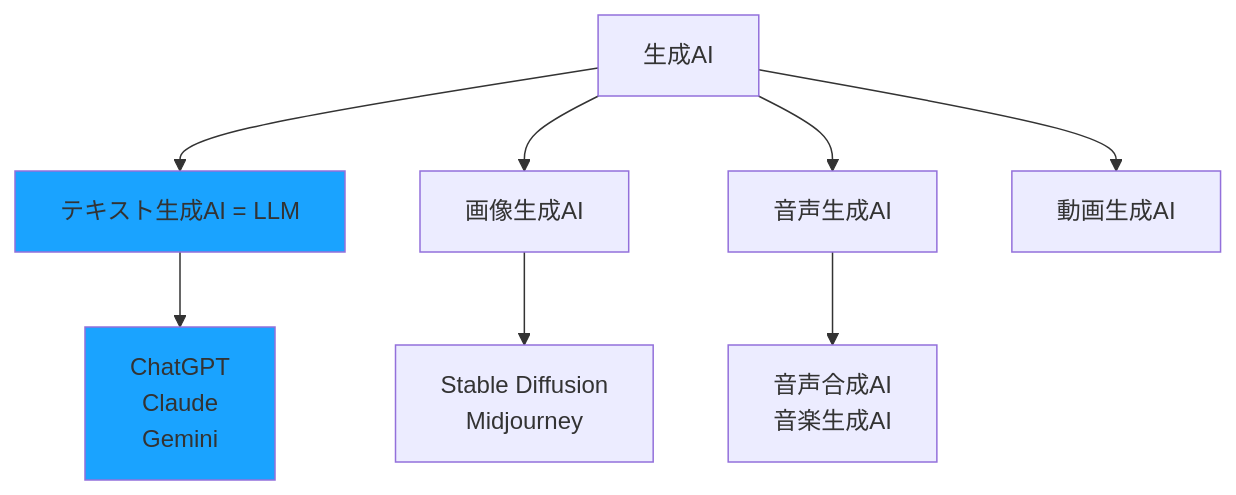
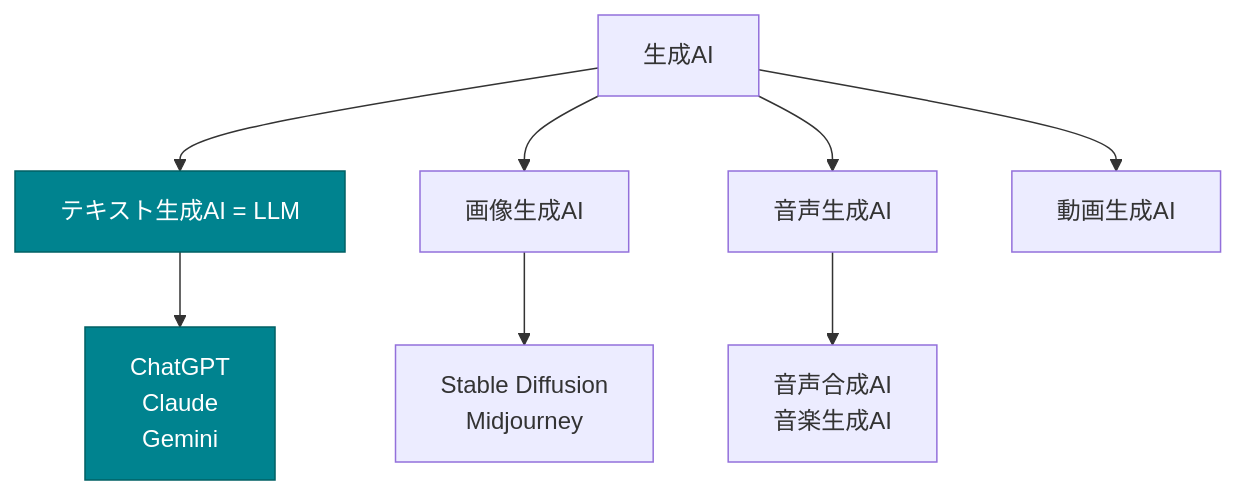
Before and after one commit to cyber-freaks-jp/AI_Driven_Development_Course: the diagram in book/pages/LLMとは.md, drawn with Mermaid. The commit also changed 5 other files, not shown here.

````diff
--- a/book/pages/LLMとは.md
+++ b/book/pages/LLMとは.md
@@ -28,14 +28,14 @@
 ```mermaid
 graph TD
     A[生成AI] --> B[テキスト生成AI = LLM]
     A --> C[画像生成AI]
     A --> D[音声生成AI]
     A --> E[動画生成AI]
 
     B --> B1[ChatGPT<br/>Claude<br/>Gemini]
     C --> C1[Stable Diffusion<br/>Midjourney]
     D --> D1[音声合成AI<br/>音楽生成AI]
 
-    style B fill:#1aa3ff
-    style B1 fill:#1aa3ff
+    style B fill:#00838F,color:#FFFFFF,stroke:#006064
+    style B1 fill:#00838F,color:#FFFFFF,stroke:#006064
 ```
````
